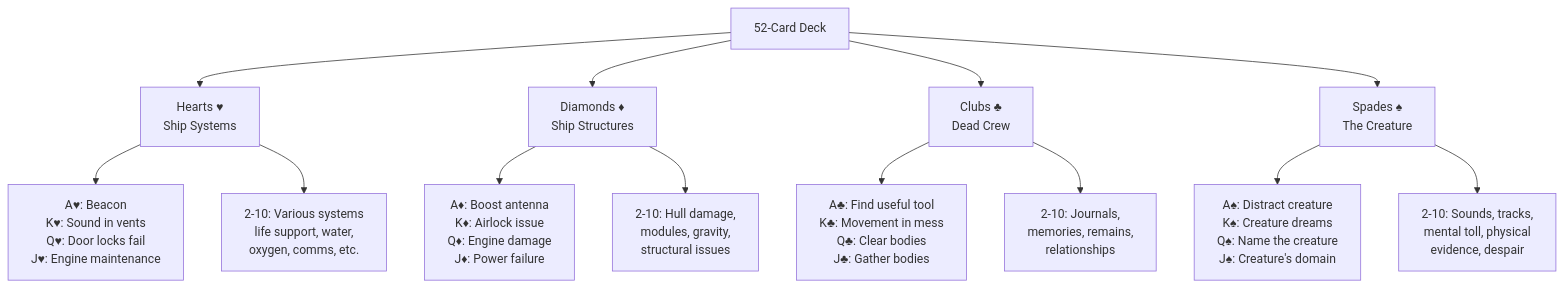
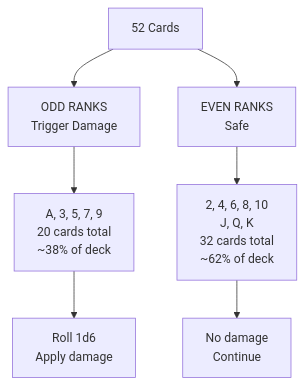
One commit to dimm-city/dc-solo-rpg changed the sixth of 13 diagrams in docs/wretched-alone-mechanics-guide.md. Above: the diagram before and after it, drawn with Mermaid. The commit also changed other lines of this file, not shown here.

````diff
--- a/docs/wretched-alone-mechanics-guide.md
+++ b/docs/wretched-alone-mechanics-guide.md
@@ -296,19 +323,11 @@
 ```mermaid
 graph TB
-    Deck[52-Card Deck] --> Hearts[Hearts ♥<br/>Ship Systems]
-    Deck --> Diamonds[Diamonds ♦<br/>Ship Structures]
-    Deck --> Clubs[Clubs ♣<br/>Dead Crew]
-    Deck --> Spades[Spades ♠<br/>The Creature]
+    Cards[52 Cards] --> Odd[ODD RANKS<br/>Trigger Damage]
+    Cards --> Even[EVEN RANKS<br/>Safe]
 
-    Hearts --> H_Face[A♥: Beacon<br/>K♥: Sound in vents<br/>Q♥: Door locks fail<br/>J♥: Engine maintenance]
-    Hearts --> H_Num[2-10: Various systems<br/>life support, water,<br/>oxygen, comms, etc.]
+    Odd --> OddList[A, 3, 5, 7, 9<br/>20 cards total<br/>~38% of deck]
+    Even --> EvenList[2, 4, 6, 8, 10<br/>J, Q, K<br/>32 cards total<br/>~62% of deck]
 
-    Diamonds --> D_Face[A♦: Boost antenna<br/>K♦: Airlock issue<br/>Q♦: Engine damage<br/>J♦: Power failure]
-    Diamonds --> D_Num[2-10: Hull damage,<br/>modules, gravity,<br/>structural issues]
-
-    Clubs --> C_Face[A♣: Find useful tool<br/>K♣: Movement in mess<br/>Q♣: Clear bodies<br/>J♣: Gather bodies]
-    Clubs --> C_Num[2-10: Journals,<br/>memories, remains,<br/>relationships]
-
-    Spades --> S_Face[A♠: Distract creature<br/>K♠: Creature dreams<br/>Q♠: Name the creature<br/>J♠: Creature's domain]
-    Spades --> S_Num[2-10: Sounds, tracks,<br/>mental toll, physical<br/>evidence, despair]
+    OddList --> Damage[Roll 1d6<br/>Apply damage]
+    EvenList --> Safe[No damage<br/>Continue]
 ```
````
